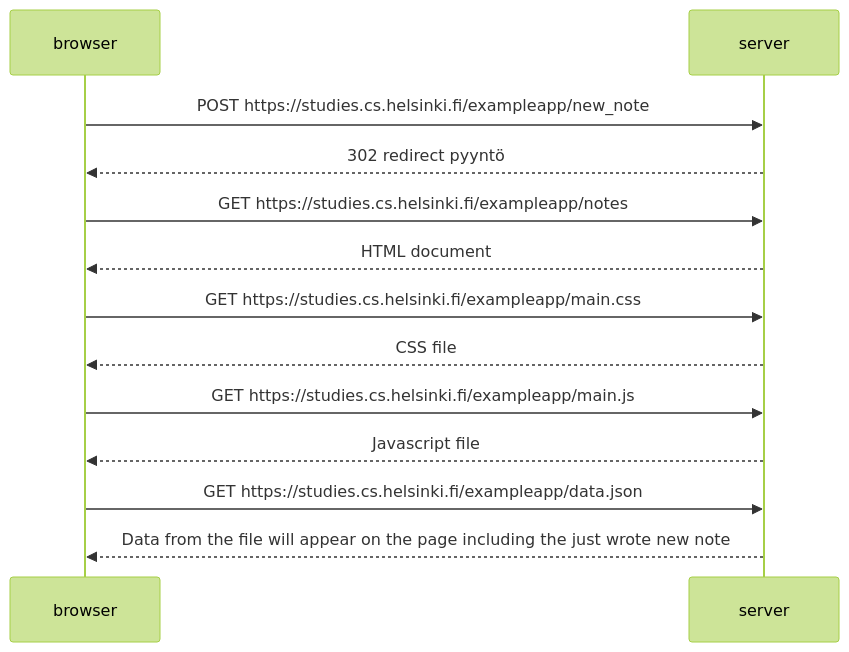
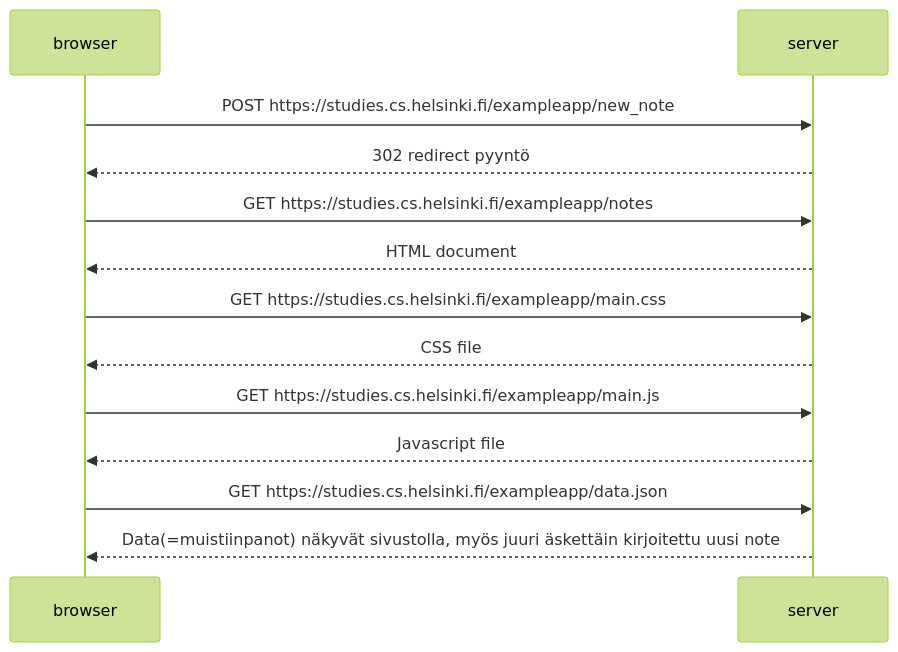
Before and after one commit to henniseppis/Fullstack-course: the diagram in osa0/0.4.md, drawn with Mermaid (forest theme).

````diff
--- a/osa0/0.4.md
+++ b/osa0/0.4.md
@@ -4,29 +4,29 @@
 ```mermaid
 
 sequenceDiagram
     participant browser
     participant server
 
     browser->>server: POST https://studies.cs.helsinki.fi/exampleapp/new_note
     %% selain lähettää palvelimelle juuri luodun uuden noten osoitteeseen "new_note"
 
     server-->>browser: 302 redirect pyyntö
     %% palvelin vastaa HTTP 302 uudelleenohjauspyynnöllä ja pyytää selainta tekemään automaattisen HTTP GET- pyynnön
    
     browser->>server: GET https://studies.cs.helsinki.fi/exampleapp/notes
     %% HTTP GET - pyyntö headerin "location" pyytämään paikkaan, joka tässä tapauksessa on "notes"
     server-->>browser: HTML document
     
     browser->>server: GET https://studies.cs.helsinki.fi/exampleapp/main.css
     %% edellinen saa myös aikaan 3 muuta HTTP- pyyntöä (tyylitiedosto, javascript-koodi, muistiinpanojen raakadata).
     server-->>browser: CSS file
 
     browser->>server: GET https://studies.cs.helsinki.fi/exampleapp/main.js
     %% javascript-koodi
     server-->>browser: Javascript file
 
     browser->>server: GET https://studies.cs.helsinki.fi/exampleapp/data.json
     %% muistiinpanojen raakadata esim. {content: "", date: "2024-02-01T03:36:48.294Z"}...
-    server-->>browser: Data from the file will appear on the page including the just wrote new note
+    server-->>browser: Data(=muistiinpanot) näkyvät sivustolla, myös juuri äskettäin kirjoitettu uusi note
     
 ```
````
